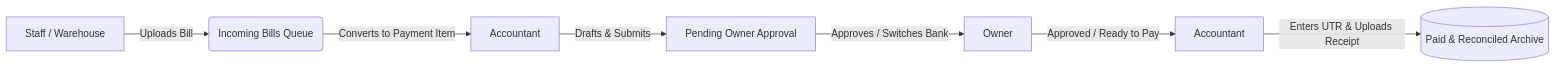
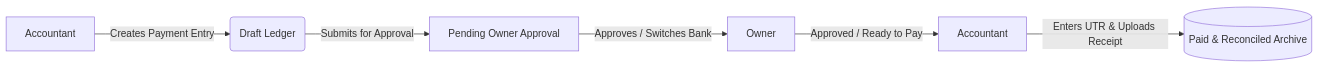
The diagram in README.md (kallayi/PAYMENT_DESK), drawn with Mermaid before and after one commit. The commit also changed other lines of this file and 23 other files, not shown here.

Commit message:
feat: add company logo and simplify to 2-role architecture

````diff
--- a/README.md
+++ b/README.md
@@ -25,9 +25,8 @@
 ```mermaid
 flowchart LR
-    A[Staff / Warehouse] -->|Uploads Bill| B(Incoming Bills Queue)
-    B -->|Converts to Payment Item| C[Accountant]
-    C -->|Drafts & Submits| D[Pending Owner Approval]
-    D -->|Approves / Switches Bank| E[Owner]
-    E -->|Approved / Ready to Pay| F[Accountant]
-    F -->|Enters UTR & Uploads Receipt| G[(Paid & Reconciled Archive)]
+    A[Accountant] -->|Creates Payment Entry| B(Draft Ledger)
+    B -->|Submits for Approval| C[Pending Owner Approval]
+    C -->|Approves / Switches Bank| D[Owner]
+    D -->|Approved / Ready to Pay| E[Accountant]
+    E -->|Enters UTR & Uploads Receipt| F[(Paid & Reconciled Archive)]
 ```
````
